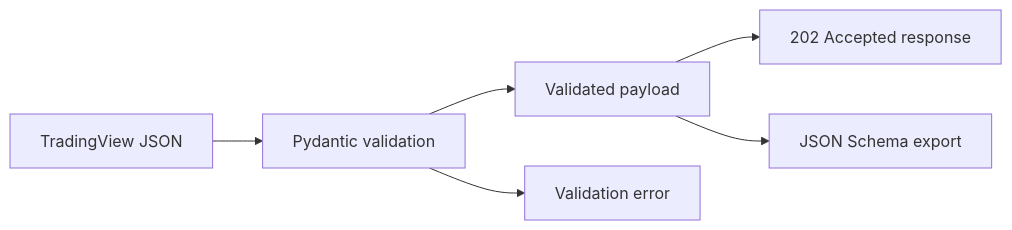
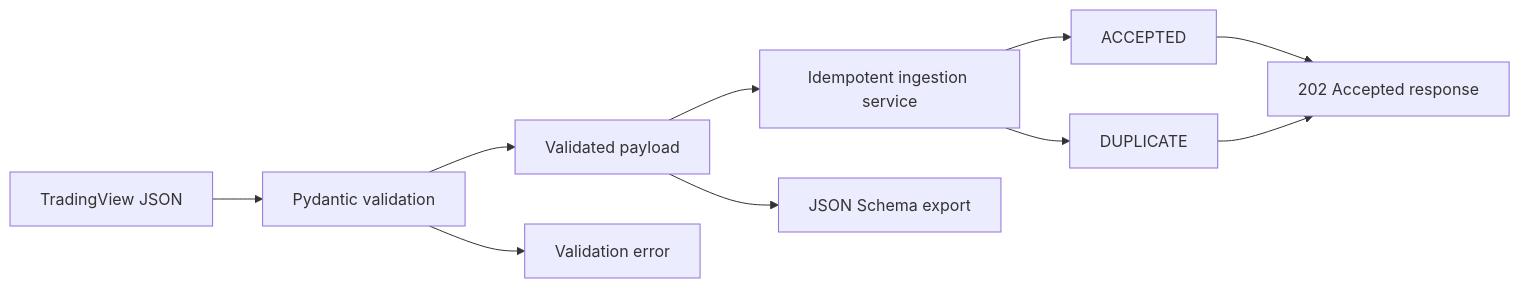
Before and after one commit to varben685/cx2: the diagram in docs/learning/phase-02-webhook-contract.md, drawn with Mermaid. The commit also changed other lines of this file and 9 other files, not shown here.

Commit message:
Add idempotent webhook ingestion

````diff
--- a/docs/learning/phase-02-webhook-contract.md
+++ b/docs/learning/phase-02-webhook-contract.md
@@ -25,8 +29,12 @@
 ```mermaid
 flowchart LR
     TV[TradingView JSON] --> P[Pydantic validation]
     P --> OK[Validated payload]
     P --> ERR[Validation error]
-    OK --> R[202 Accepted response]
+    OK --> I[Idempotent ingestion service]
+    I --> A[ACCEPTED]
+    I --> D[DUPLICATE]
+    A --> R[202 Accepted response]
+    D --> R
     OK --> S[JSON Schema export]
 ```
````
